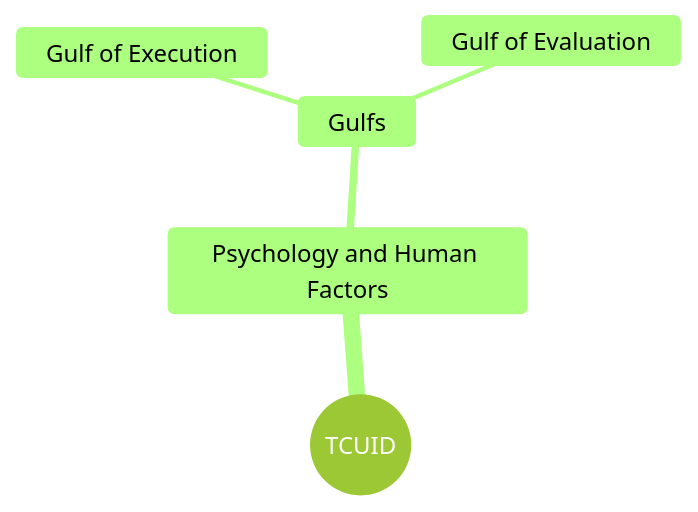
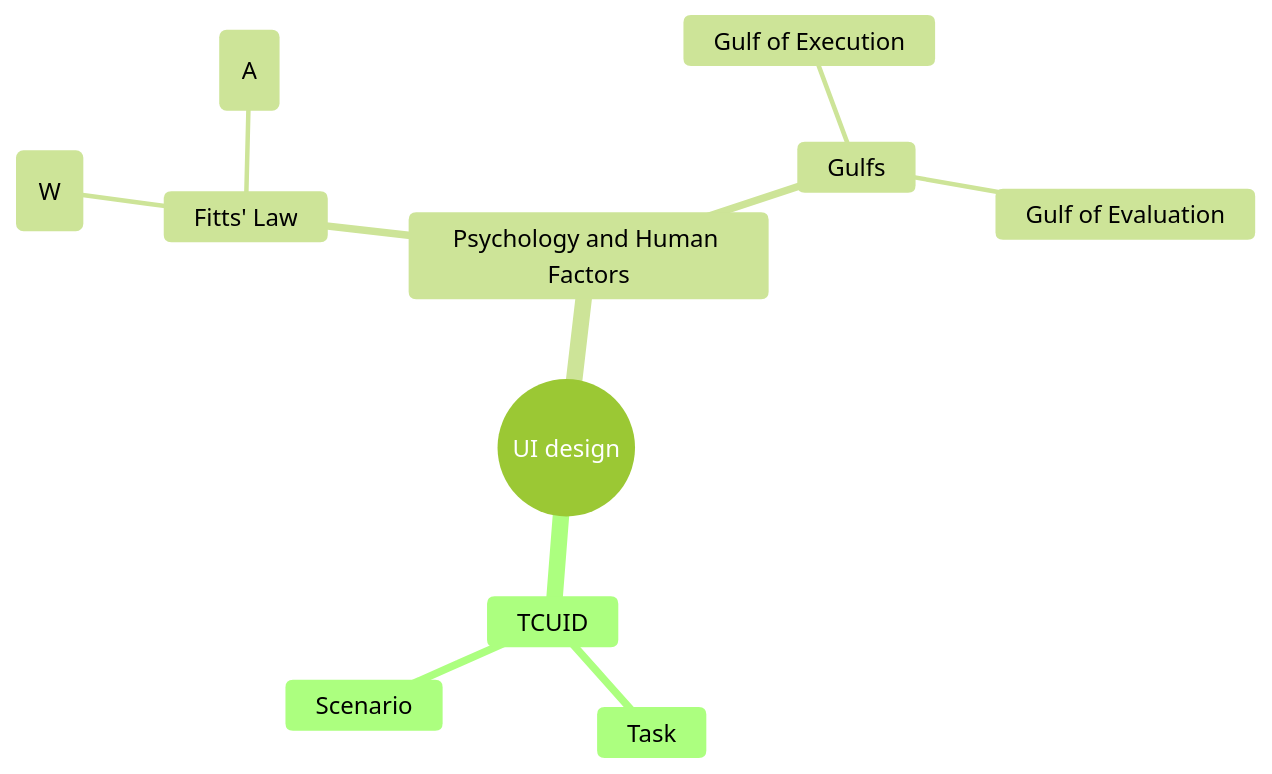
One commit to chernyshevdv/chernyshevdv changed the diagram in tcuid.md. Above: the diagram before and after it, drawn with Mermaid (forest theme). The commit also changed other lines of this file, not shown here.

````diff
--- a/tcuid.md
+++ b/tcuid.md
@@ -3,8 +3,14 @@
 ```mermaid
 mindmap
-  root((TCUID))
+  root((UI design))
+    TCUID
+      Task
+      Scenario
     Psychology and Human Factors
+      Fitts' Law
+        Size (W)
+        Distance (A)
       Gulfs
         Gulf of Execution
         Gulf of Evaluation
 ```
````
